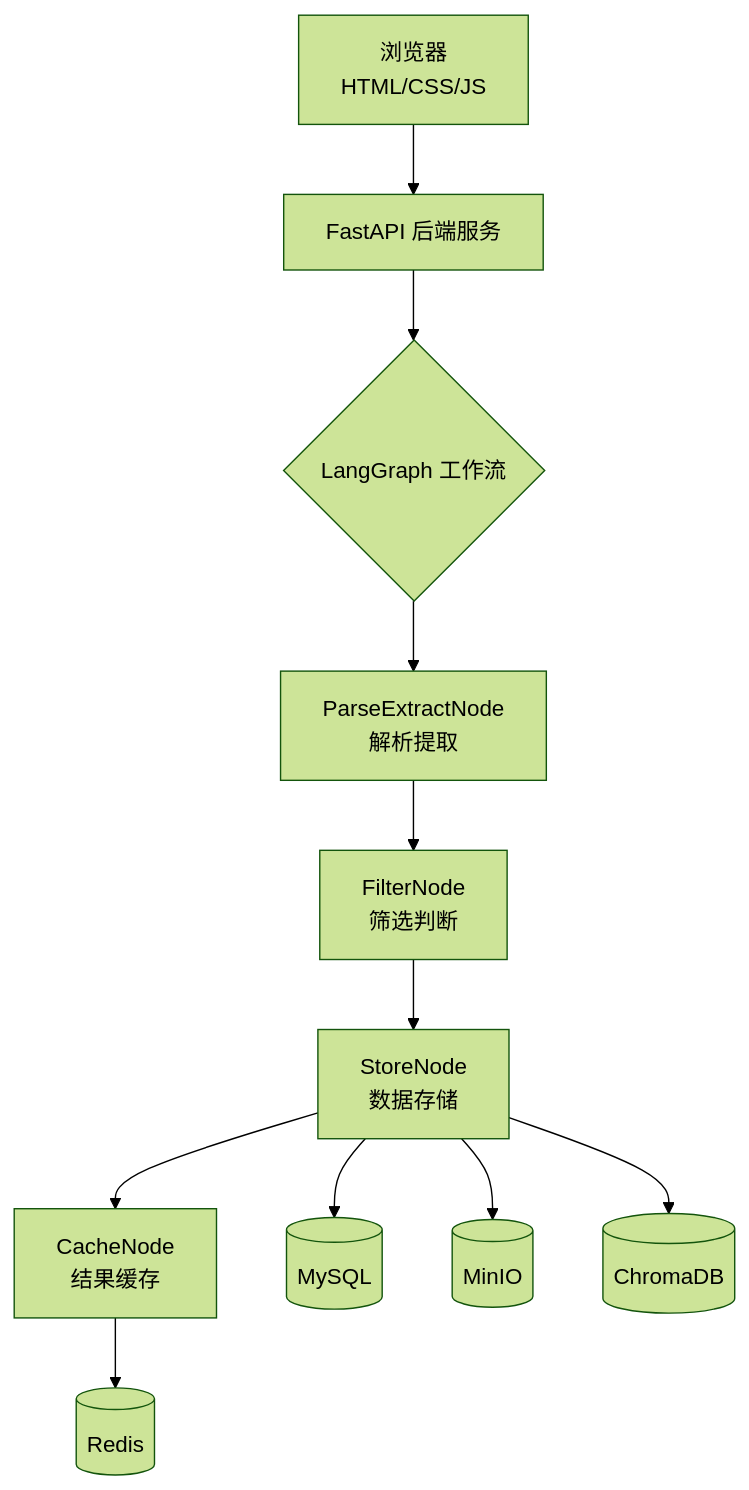
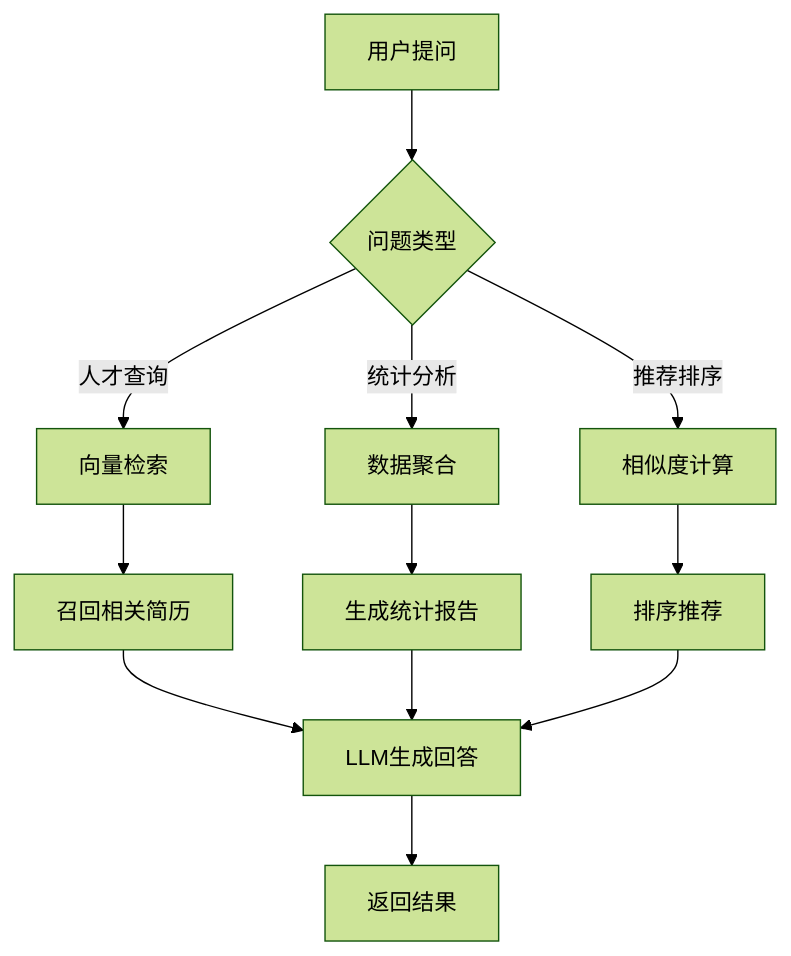
One commit to xt765/ResumeScreening changed diagram 11 of 15 in README.md. Above: the diagram before and after it, drawn with Mermaid (forest theme). The commit also changed other lines of this file, not shown here.

First line of the commit message:
docs: 全面重写README，添加详细项目介绍和Mermaid图表

````diff
--- a/README.md
+++ b/README.md
@@ -30,13 +353,17 @@
 ```mermaid
 graph TB
-    A[浏览器<br/>HTML/CSS/JS] --> B[FastAPI 后端服务]
-    B --> C{LangGraph 工作流}
-    C --> D[ParseExtractNode<br/>解析提取]
-    D --> E[FilterNode<br/>筛选判断]
-    E --> F[StoreNode<br/>数据存储]
-    F --> G[CacheNode<br/>结果缓存]
-    F --> H[(MySQL)]
-    F --> I[(MinIO)]
-    F --> J[(ChromaDB)]
-    G --> K[(Redis)]
+    A[用户提问] --> B{问题类型}
+    B -->|人才查询| C[向量检索]
+    B -->|统计分析| D[数据聚合]
+    B -->|推荐排序| E[相似度计算]
+    
+    C --> F[召回相关简历]
+    D --> G[生成统计报告]
+    E --> H[排序推荐]
+    
+    F --> I[LLM生成回答]
+    G --> I
+    H --> I
+    
+    I --> J[返回结果]
 ```
````
